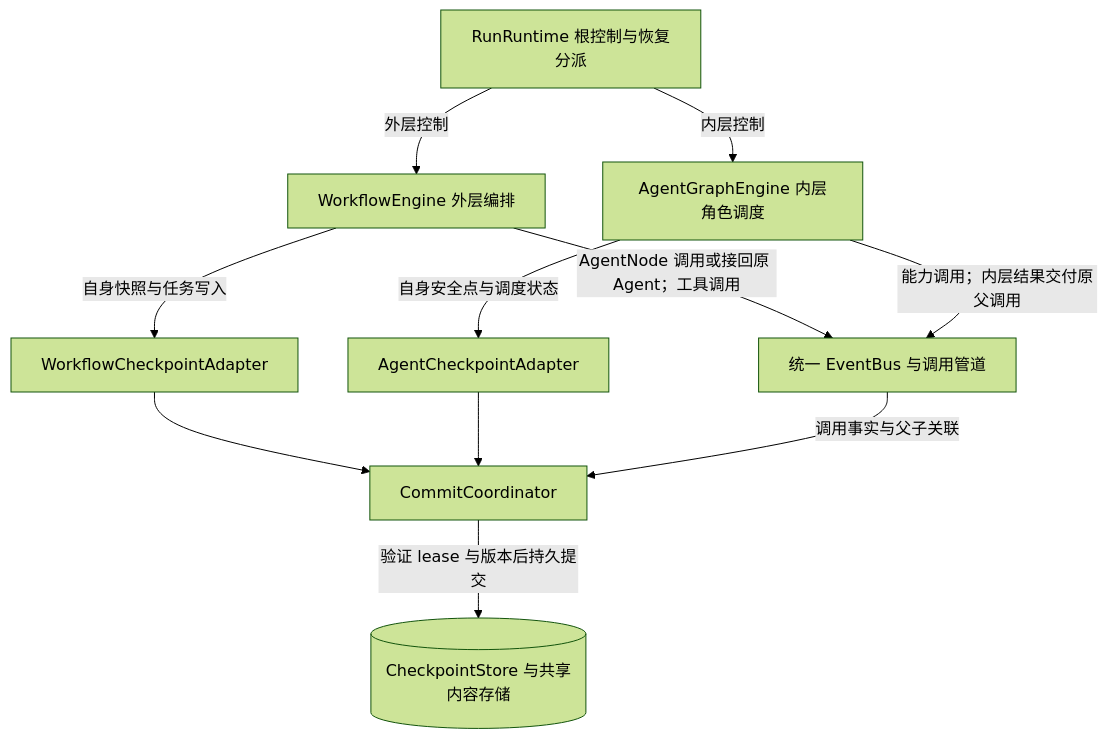
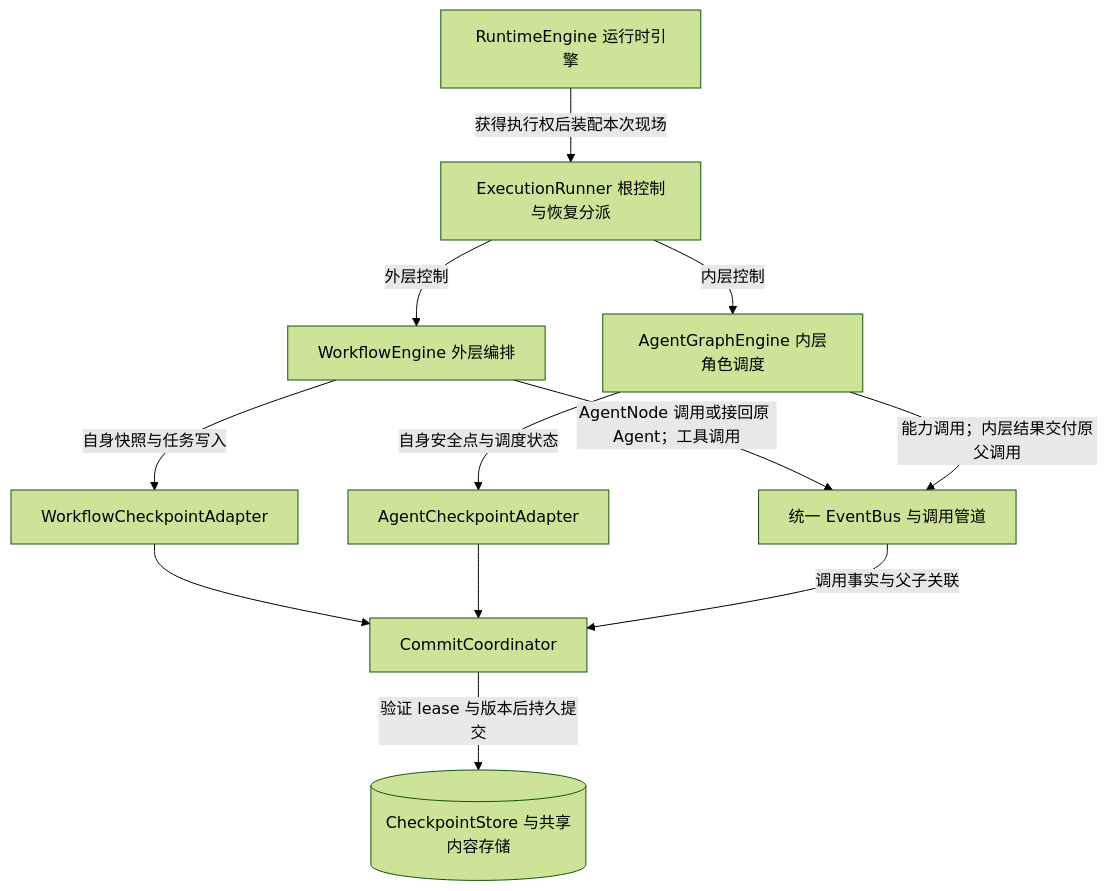
Before and after one commit to dujian0068/agent-loom: the second of 2 diagrams in docs/sdk/workflow.md, drawn with Mermaid (forest theme). The commit also changed other lines of this file and 28 other files, not shown here.

````diff
--- a/docs/sdk/workflow.md
+++ b/docs/sdk/workflow.md
@@ -50,21 +50,23 @@
 ```mermaid
 flowchart TB
-    R[RunRuntime 根控制与恢复分派]
+    H[RuntimeEngine 运行时引擎]
+    R[ExecutionRunner 根控制与恢复分派]
     W[WorkflowEngine 外层编排]
     A[AgentGraphEngine 内层角色调度]
     P[统一 EventBus 与调用管道]
     WS[WorkflowCheckpointAdapter]
     AS[AgentCheckpointAdapter]
     C[CommitCoordinator]
     S[(CheckpointStore 与共享内容存储)]
+    H -->|获得执行权后装配本次现场| R
     R -->|外层控制| W
     R -->|内层控制| A
     W -->|AgentNode 调用或接回原 Agent；工具调用| P
     A -->|能力调用；内层结果交付原父调用| P
     W -->|自身快照与任务写入| WS
     A -->|自身安全点与调度状态| AS
     WS --> C
     AS --> C
     P -->|调用事实与父子关联| C
     C -->|验证 lease 与版本后持久提交| S
 ```
````
